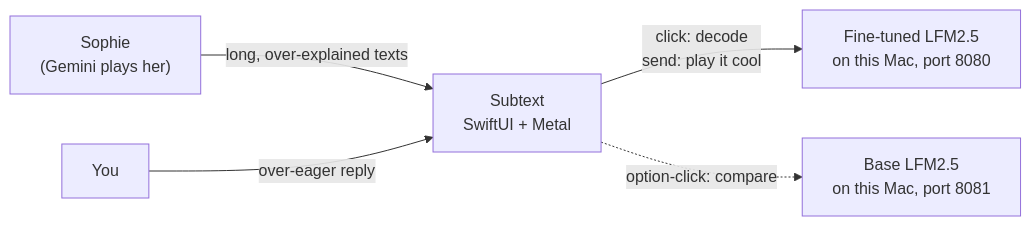
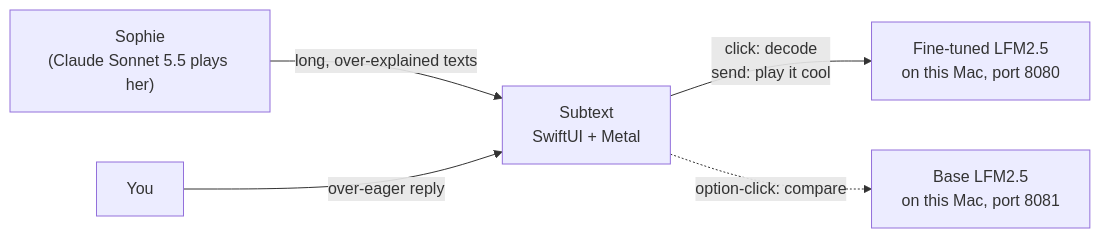
The diagram in README.md (chinmayraj28/moonfire-hack), drawn with Mermaid before and after one commit. The commit also changed other lines of this file and 1 other file, not shown here.

Commit message:
README and decode image: Claude plays Sophie, the trained prompt, the flip-and-morph reveal

````diff
--- a/README.md
+++ b/README.md
@@ -48,7 +48,7 @@
 ```mermaid
 flowchart LR
-    S["Sophie<br/>(Gemini plays her)"] -- "long, over-explained texts" --> A["Subtext<br/>SwiftUI + Metal"]
+    S["Sophie<br/>(Claude Sonnet 5.5 plays her)"] -- "long, over-explained texts" --> A["Subtext<br/>SwiftUI + Metal"]
     Y["You"] -- "over-eager reply" --> A
     A -- "click: decode<br/>send: play it cool" --> T["Fine-tuned LFM2.5<br/>on this Mac, port 8080"]
     A -. "option-click: compare" .-> B["Base LFM2.5<br/>on this Mac, port 8081"]
 ```
````
